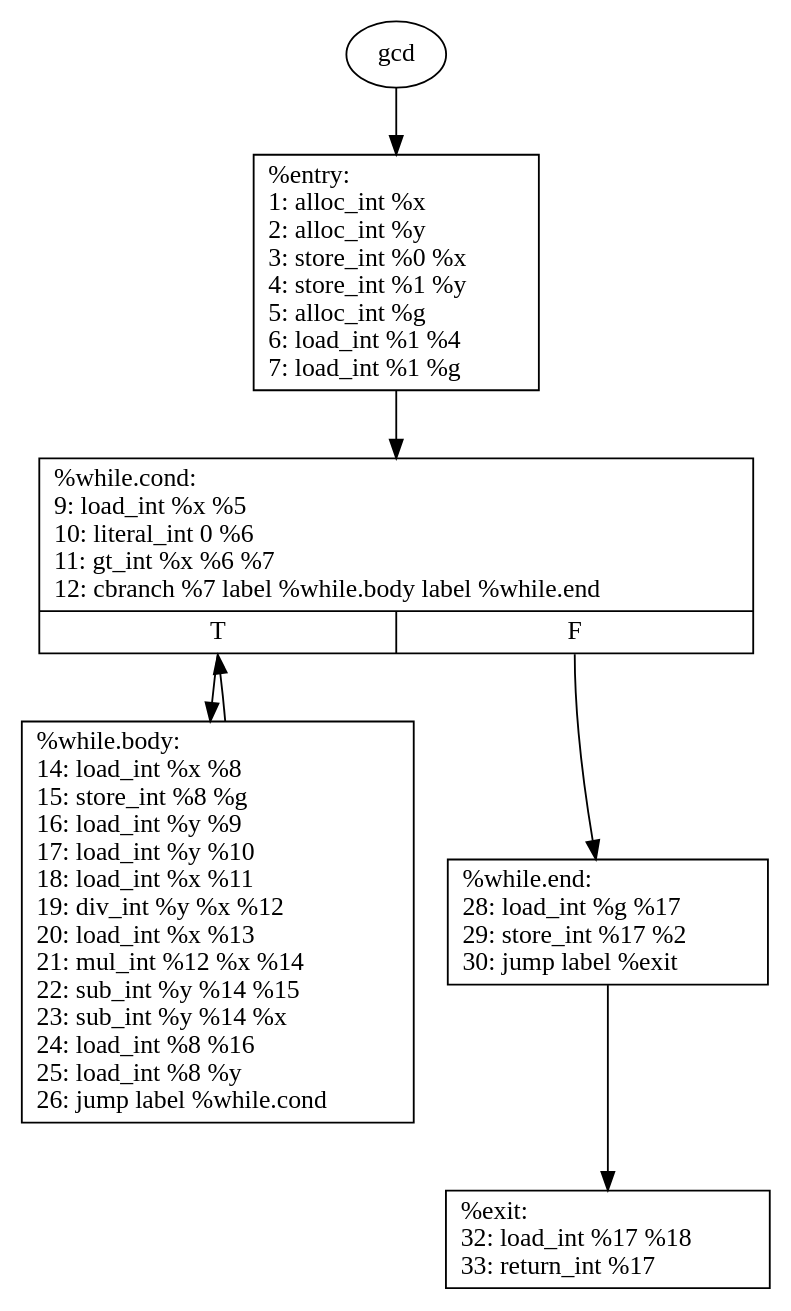
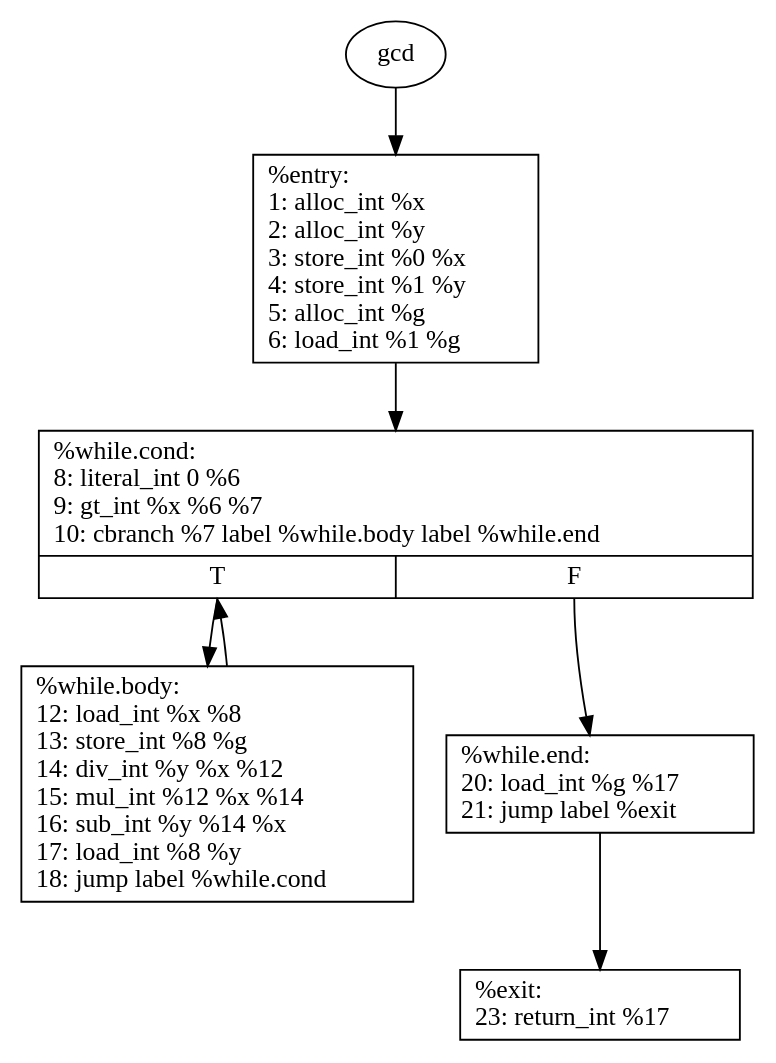
The diagram in gcd.gv (barddes/ply-python-compiler), drawn with Graphviz before and after one commit. The commit also changed 9 other files, not shown here.

```diff
--- a/gcd.gv
+++ b/gcd.gv
@@ -1,15 +1,15 @@
 digraph g {
 	node [shape=record]
 	gcd [shape=ellipse]
 	gcd -> "%entry"
-	"%entry" [label="{%entry:\l	1:   alloc_int %x \l	2:   alloc_int %y \l	3:   store_int %0 %x \l	4:   store_int %1 %y \l	5:   alloc_int %g \l	6:   load_int %1 %4 \l	7:   load_int %1 %g \l	}"]
+	"%entry" [label="{%entry:\l	1:   alloc_int %x \l	2:   alloc_int %y \l	3:   store_int %0 %x \l	4:   store_int %1 %y \l	5:   alloc_int %g \l	6:   load_int %1 %g \l	}"]
 	"%entry" -> "%while.cond"
-	"%while.cond" [label="{%while.cond:\l	9:   load_int %x %5 \l	10:   literal_int 0 %6 \l	11:   gt_int %x %6 %7 \l	12:   cbranch %7 label %while.body label %while.end\l	|{<f0>T|<f1>F}}"]
+	"%while.cond" [label="{%while.cond:\l	8:   literal_int 0 %6 \l	9:   gt_int %x %6 %7 \l	10:   cbranch %7 label %while.body label %while.end\l	|{<f0>T|<f1>F}}"]
 	"%while.cond":f0 -> "%while.body"
 	"%while.cond":f1 -> "%while.end"
-	"%while.body" [label="{%while.body:\l	14:   load_int %x %8 \l	15:   store_int %8 %g \l	16:   load_int %y %9 \l	17:   load_int %y %10 \l	18:   load_int %x %11 \l	19:   div_int %y %x %12 \l	20:   load_int %x %13 \l	21:   mul_int %12 %x %14 \l	22:   sub_int %y %14 %15 \l	23:   sub_int %y %14 %x \l	24:   load_int %8 %16 \l	25:   load_int %8 %y \l	26:   jump label %while.cond\l	}"]
+	"%while.body" [label="{%while.body:\l	12:   load_int %x %8 \l	13:   store_int %8 %g \l	14:   div_int %y %x %12 \l	15:   mul_int %12 %x %14 \l	16:   sub_int %y %14 %x \l	17:   load_int %8 %y \l	18:   jump label %while.cond\l	}"]
 	"%while.body" -> "%while.cond"
-	"%while.end" [label="{%while.end:\l	28:   load_int %g %17 \l	29:   store_int %17 %2 \l	30:   jump label %exit\l	}"]
+	"%while.end" [label="{%while.end:\l	20:   load_int %g %17 \l	21:   jump label %exit\l	}"]
 	"%while.end" -> "%exit"
-	"%exit" [label="{%exit:\l	32:   load_int %17 %18 \l	33:   return_int %17\l	}"]
+	"%exit" [label="{%exit:\l	23:   return_int %17\l	}"]
 }
```
